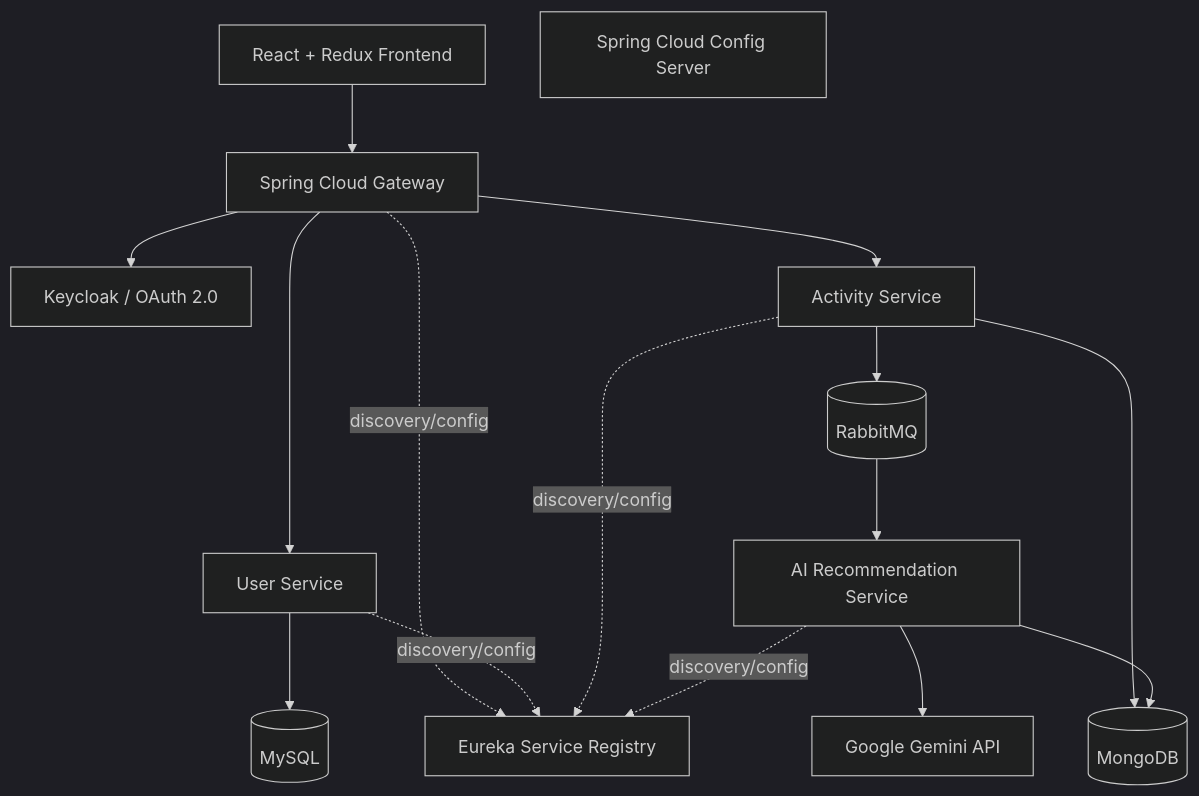
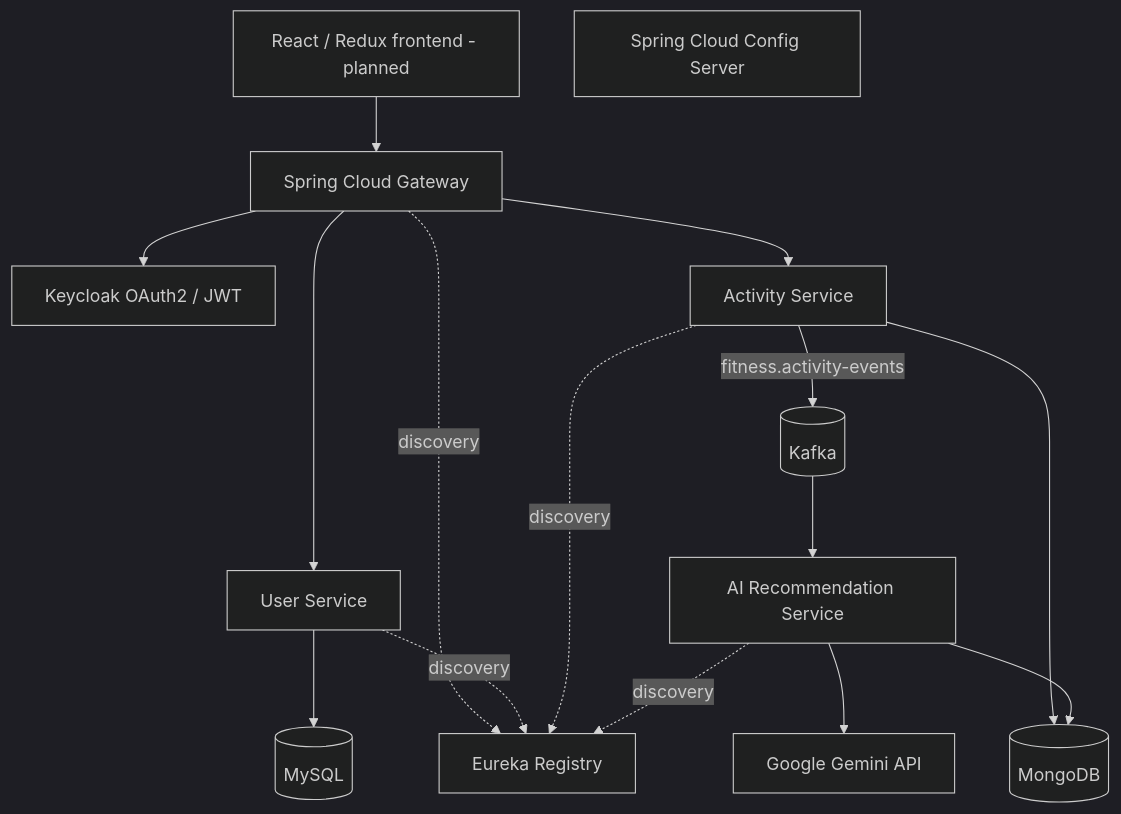
One commit to Singhshubhamiii/ai-fitness-microservices changed the diagram in docs/architecture.md. Above: the diagram before and after it, drawn with Mermaid (dark theme). The commit also changed other lines of this file, not shown here.

Commit message:
docs: align architecture diagram with committed service code

````diff
--- a/docs/architecture.md
+++ b/docs/architecture.md
@@ -5,19 +3,19 @@
 ```mermaid
 flowchart TB
-    UI[React + Redux Frontend] --> Gateway[Spring Cloud Gateway]
-    Gateway --> Auth[Keycloak / OAuth 2.0]
-    Gateway --> User[User Service]
-    Gateway --> Activity[Activity Service]
-    Activity --> Queue[(RabbitMQ)]
-    Queue --> AI[AI Recommendation Service]
-    AI --> Gemini[Google Gemini API]
-    User --> MySQL[(MySQL)]
-    Activity --> Mongo[(MongoDB)]
-    AI --> Mongo
-    Registry[Eureka Service Registry]
-    Config[Spring Cloud Config Server]
-    Gateway -. discovery/config .-> Registry
-    User -. discovery/config .-> Registry
-    Activity -. discovery/config .-> Registry
-    AI -. discovery/config .-> Registry
+  Client[React / Redux frontend - planned] --> Gateway[Spring Cloud Gateway]
+  Gateway --> Keycloak[Keycloak OAuth2 / JWT]
+  Gateway --> User[User Service]
+  Gateway --> Activity[Activity Service]
+  Activity -->|fitness.activity-events| Kafka[(Kafka)]
+  Kafka --> AI[AI Recommendation Service]
+  AI --> Gemini[Google Gemini API]
+  User --> MySQL[(MySQL)]
+  Activity --> Mongo[(MongoDB)]
+  AI --> Mongo
+  Registry[Eureka Registry]
+  Config[Spring Cloud Config Server]
+  Gateway -. discovery .-> Registry
+  User -. discovery .-> Registry
+  Activity -. discovery .-> Registry
+  AI -. discovery .-> Registry
 ```
````
